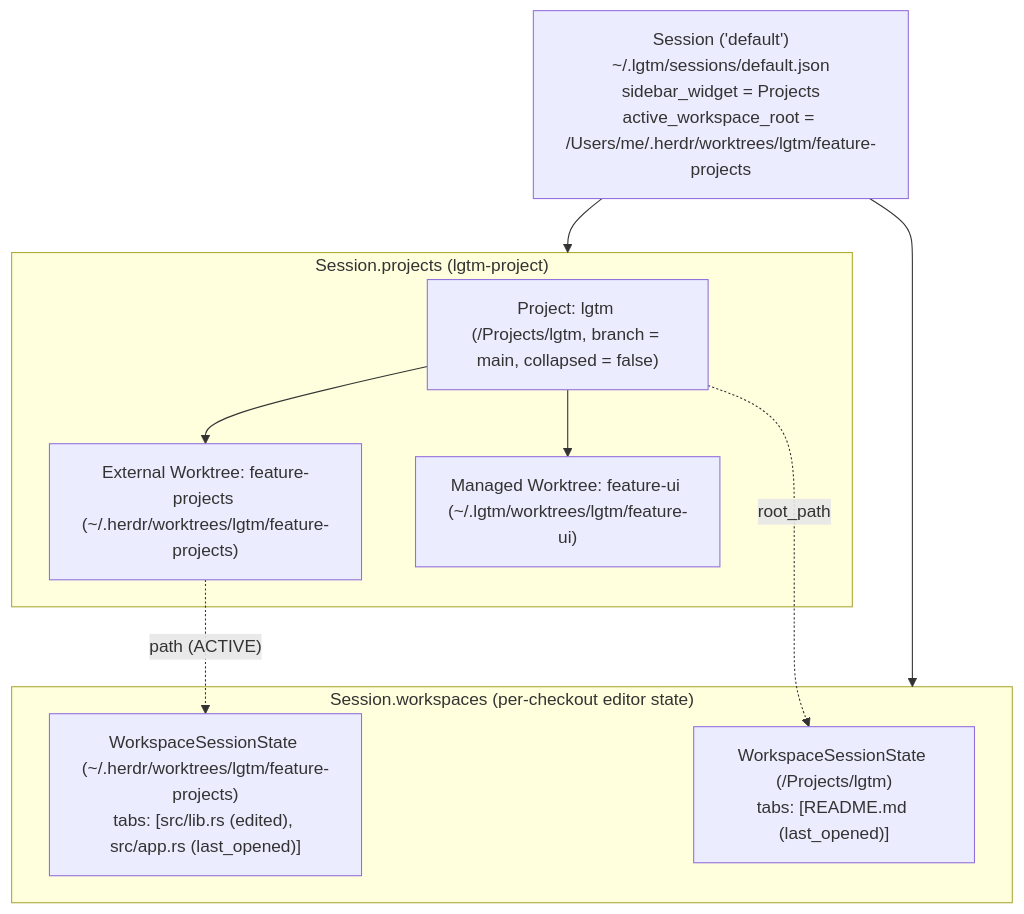
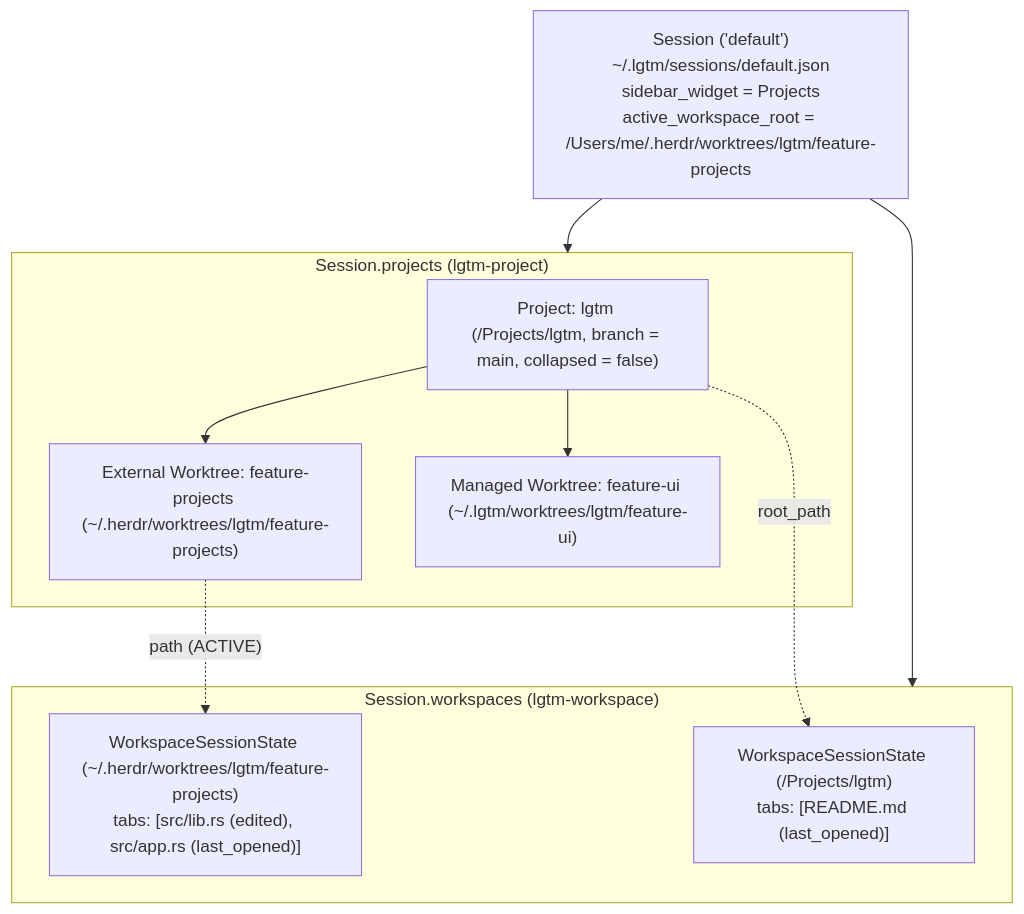
Before and after one commit to difflab-io/lgtm: the third of 4 diagrams in docs/architecture/session/index.md, drawn with Mermaid. The commit also changed other lines of this file and 17 other files, not shown here.

````diff
--- a/docs/architecture/session/index.md
+++ b/docs/architecture/session/index.md
@@ -108,22 +112,22 @@
 ```mermaid
 flowchart TD
     SESS["Session ('default')\n~/.lgtm/sessions/default.json\nsidebar_widget = Projects\nactive_workspace_root = /Users/me/.herdr/worktrees/lgtm/feature-projects"]
 
     subgraph Projects["Session.projects (lgtm-project)"]
         P1["Project: lgtm (/Projects/lgtm, branch = main, collapsed = false)"]
         W_EXT["External Worktree: feature-projects (~/.herdr/worktrees/lgtm/feature-projects)"]
         W_MGD["Managed Worktree: feature-ui (~/.lgtm/worktrees/lgtm/feature-ui)"]
         P1 --> W_EXT
         P1 --> W_MGD
     end
 
-    subgraph Workspaces["Session.workspaces (per-checkout editor state)"]
+    subgraph Workspaces["Session.workspaces (lgtm-workspace)"]
         WS_MAIN["WorkspaceSessionState (/Projects/lgtm)\ntabs: [README.md (last_opened)]"]
         WS_FEAT["WorkspaceSessionState (~/.herdr/worktrees/lgtm/feature-projects)\ntabs: [src/lib.rs (edited), src/app.rs (last_opened)]"]
     end
 
     SESS --> Projects
     SESS --> Workspaces
     P1 -.->|"root_path"| WS_MAIN
     W_EXT -.->|"path (ACTIVE)"| WS_FEAT
 ```
````
